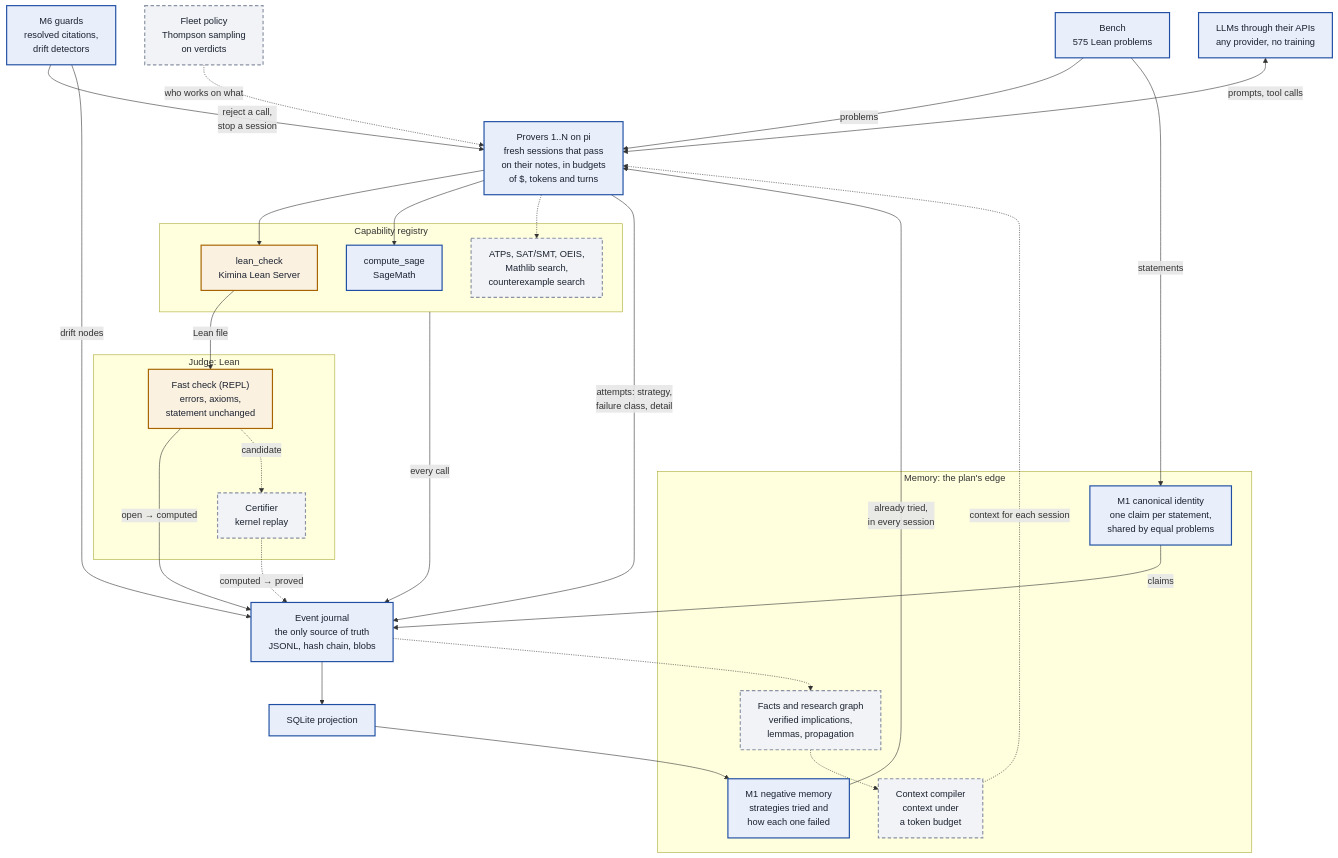
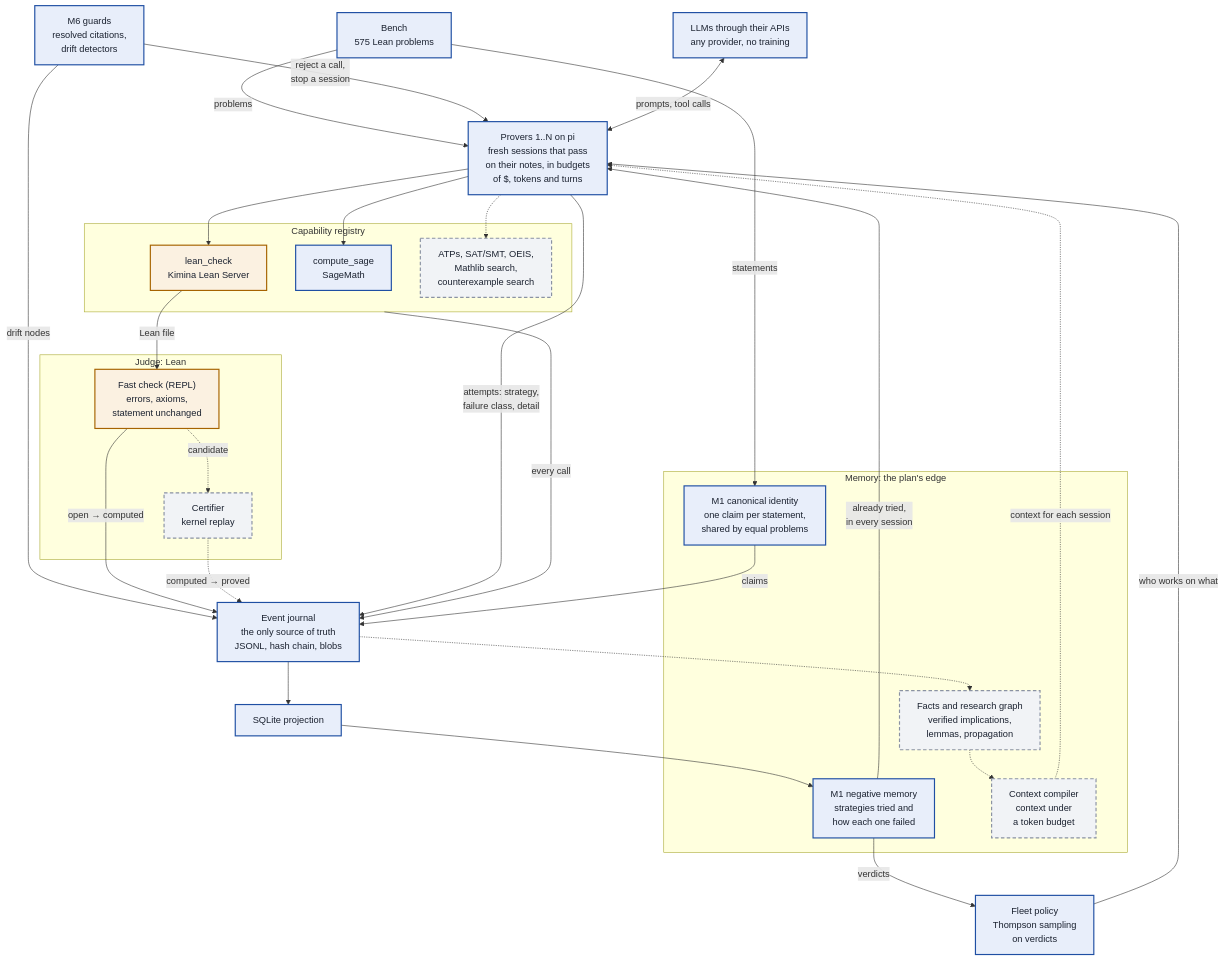
Before and after one commit to Kdevos12/seshat: the diagram in README.md, drawn with Mermaid. The commit also changed other lines of this file and 21 other files, not shown here.

First line of the commit message:
Add the fleet policy: posteriors, Thompson sampling, adaptive width, escalation

````diff
--- a/README.md
+++ b/README.md
@@ -17,55 +17,56 @@
 ```mermaid
 flowchart TB
   classDef built fill:#e8eefa,stroke:#1f4fa3,stroke-width:2px,color:#1b2230
   classDef wait fill:#fbf1e1,stroke:#a66300,stroke-width:2px,color:#1b2230
   classDef planned fill:#f1f3f6,stroke:#8a92a3,stroke-width:2px,stroke-dasharray:6 4,color:#1b2230
 
   bench["Bench<br/>575 Lean problems"]:::built
-  fleet["Fleet policy<br/>Thompson sampling<br/>on verdicts"]:::planned
+  fleet["Fleet policy<br/>Thompson sampling<br/>on verdicts"]:::built
   guards["M6 guards<br/>resolved citations,<br/>drift detectors"]:::built
   llm["LLMs through their APIs<br/>any provider, no training"]:::built
   provers["Provers 1..N on pi<br/>fresh sessions that pass<br/>on their notes, in budgets<br/>of $, tokens and turns"]:::built
 
   subgraph TOOLS["Capability registry"]
     leancheck["lean_check<br/>Kimina Lean Server"]:::wait
     sage["compute_sage<br/>SageMath"]:::built
     moretools["ATPs, SAT/SMT, OEIS,<br/>Mathlib search,<br/>counterexample search"]:::planned
   end
 
   subgraph JUDGE["Judge: Lean"]
     fast["Fast check (REPL)<br/>errors, axioms,<br/>statement unchanged"]:::wait
     certifier["Certifier<br/>kernel replay"]:::planned
   end
 
   journal["Event journal<br/>the only source of truth<br/>JSONL, hash chain, blobs"]:::built
   projection["SQLite projection"]:::built
 
   subgraph MEMORY["Memory: the plan's edge"]
     identity["M1 canonical identity<br/>one claim per statement,<br/>shared by equal problems"]:::built
     tried["M1 negative memory<br/>strategies tried and<br/>how each one failed"]:::built
     kg["Facts and research graph<br/>verified implications,<br/>lemmas, propagation"]:::planned
     compiler["Context compiler<br/>context under<br/>a token budget"]:::planned
   end
 
   bench -->|problems| provers
   bench -->|statements| identity
   identity -->|claims| journal
-  fleet -.->|"who works on what"| provers
+  fleet -->|"who works on what"| provers
   guards -->|"reject a call,<br/>stop a session"| provers
   guards -->|"drift nodes"| journal
   llm <-->|"prompts, tool calls"| provers
   provers --> leancheck & sage
   provers -.-> moretools
   leancheck -->|Lean file| fast
   fast -->|"open → computed"| journal
   fast -.->|candidate| certifier
   certifier -.->|"computed → proved"| journal
   TOOLS -->|"every call"| journal
   provers -->|"attempts: strategy,<br/>failure class, detail"| journal
   journal --> projection
   projection --> tried
   tried -->|"already tried,<br/>in every session"| provers
+  tried -->|"verdicts"| fleet
   journal -.-> kg
   kg -.-> compiler
   compiler -.->|"context for each session"| provers
 ```
````
